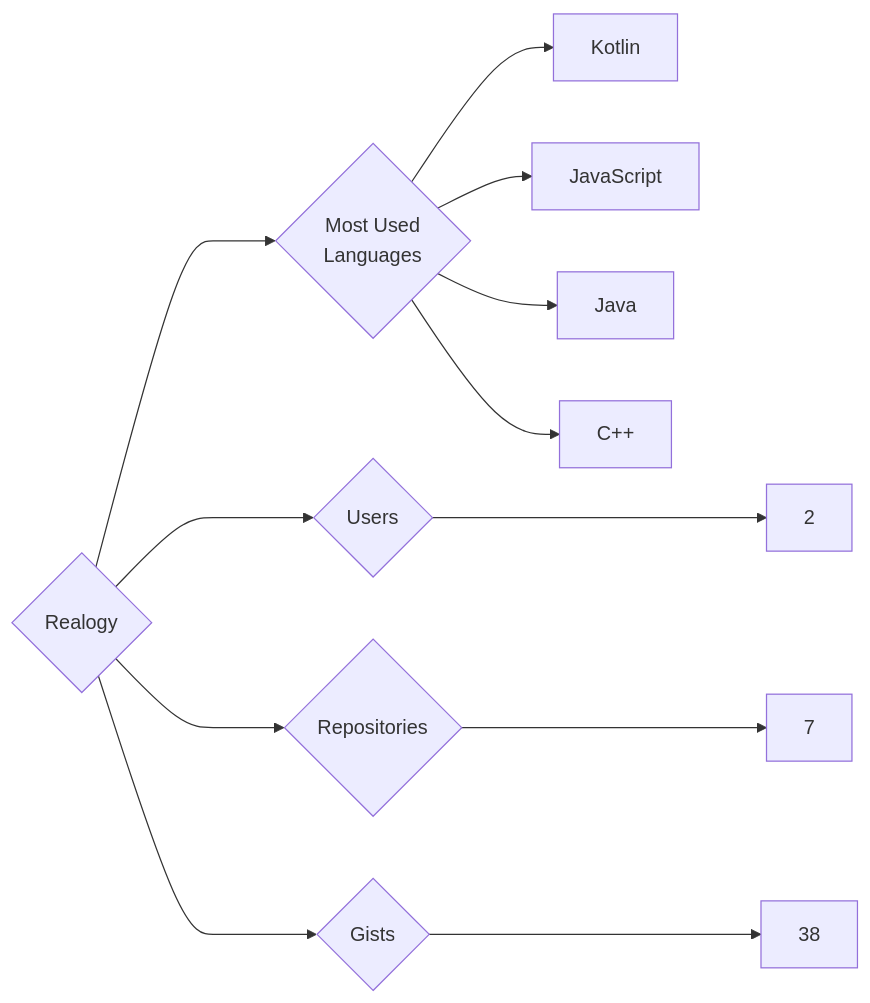
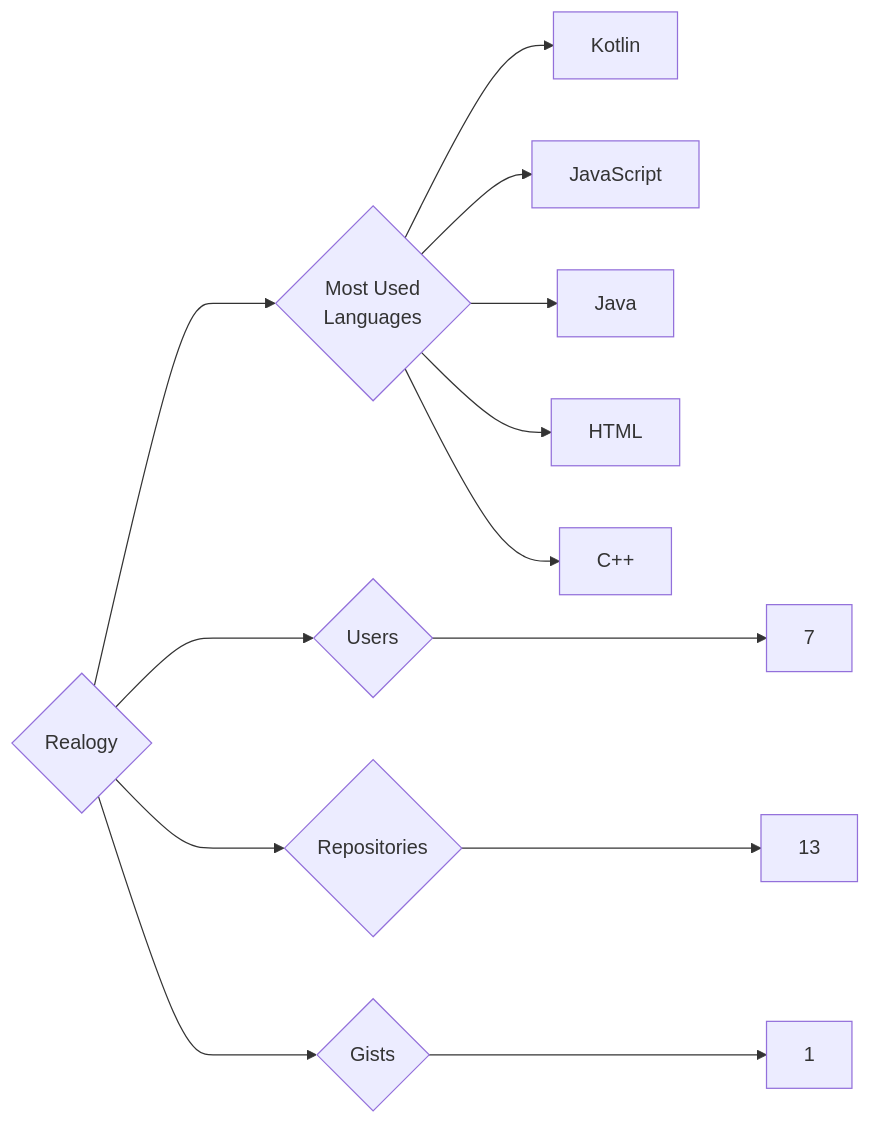
The diagram in targets/Realogy/README.md (trickest/insiders), drawn with Mermaid before and after one commit. The commit also changed 1496 other files, not shown here.

````diff
--- a/targets/Realogy/README.md
+++ b/targets/Realogy/README.md
@@ -3,12 +3,13 @@
 ```mermaid
 graph LR
 COMPANY_NAME{Realogy}
-COMPANY_NAME ---> U{Users} ---> UN[2]
-COMPANY_NAME ---> R{Repositories} ---> RN[7]
-COMPANY_NAME ---> G{Gists} ---> GN[38]
+COMPANY_NAME ---> U{Users} ---> UN[7]
+COMPANY_NAME ---> R{Repositories} ---> RN[13]
+COMPANY_NAME ---> G{Gists} ---> GN[1]
 COMPANY_NAME ---> ML{Most Used<br>Languages}
 ML --> Kotlin[Kotlin]
 ML --> JavaScript[JavaScript]
 ML --> Java[Java]
+ML --> HTML[HTML]
 ML --> C++[C++]
 ```
````
